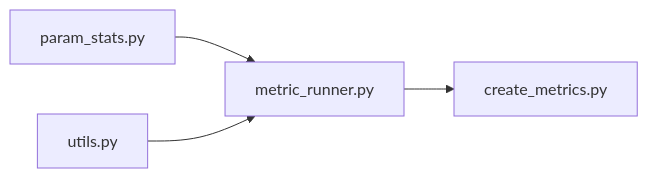
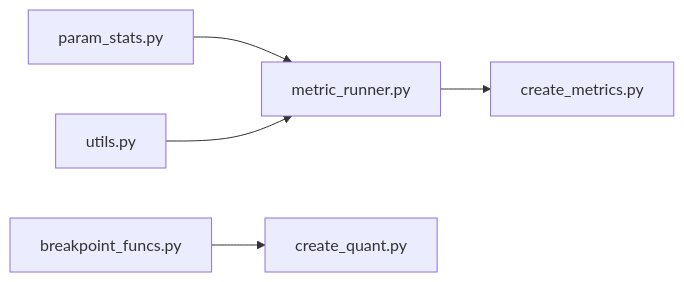
Before and after one commit to MSCA-DN-Digital-Finance/tsfm_causal_analysis: the first of 2 diagrams in src/analysis/README.md, drawn with Mermaid. The commit also changed 1 other file, not shown here.

Commit message:
updated readme in src/analysis and extended experiment_config.yaml to 100 noise realizations

````diff
--- a/src/analysis/README.md
+++ b/src/analysis/README.md
@@ -9,6 +9,7 @@
 ```mermaid
 graph LR
     param_stats[param_stats.py] --> metric_runner[metric_runner.py]
     utils[utils.py] --> metric_runner
     metric_runner --> create_metrics[create_metrics.py]
+    breakpoint_funcs[breakpoint_funcs.py] --> create_quant[create_quant.py]
 ```
````
